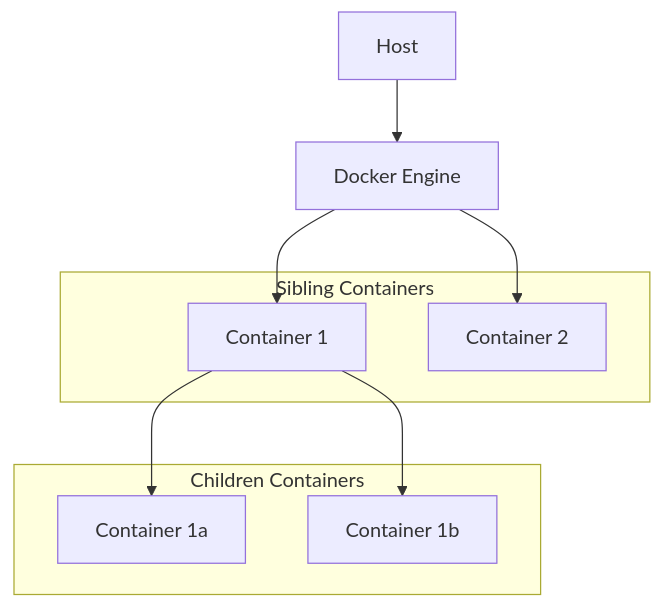
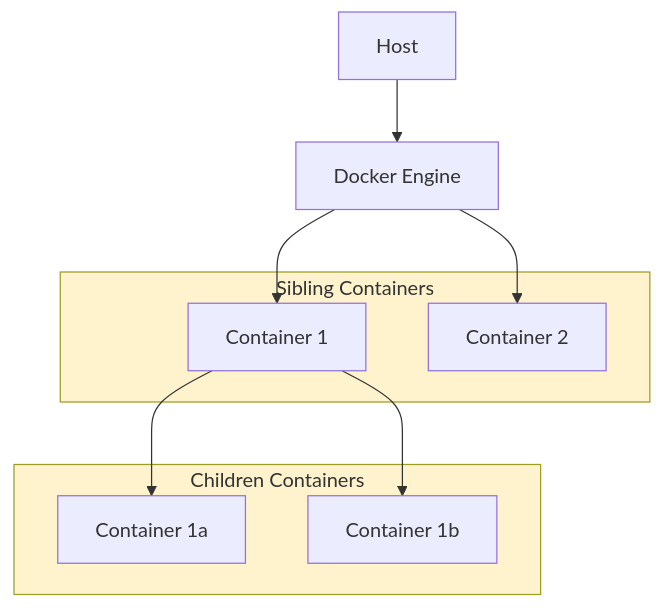
One commit to causify-ai/helpers changed the second of 5 diagrams in papers/Causify_development_system/Causify_dev_system.md. Above: the diagram before and after it, drawn with Mermaid. The commit also changed other lines of this file, not shown here.

````diff
--- a/papers/Causify_development_system/Causify_dev_system.md
+++ b/papers/Causify_development_system/Causify_dev_system.md
@@ -186,18 +186,21 @@
 ```mermaid
 graph TD
     host[Host]
     docker_engine[Docker Engine]
     subgraph sibling_container["Sibling Containers"]
         container_1[Container 1]
         container_2[Container 2]
     end
     subgraph children_container["Children Containers"]
         container_1a[Container 1a]
         container_1b[Container 1b]
     end
     host --> docker_engine
     docker_engine --> container_1
     docker_engine --> container_2
     container_1 --> container_1a
     container_1 --> container_1b
+
+    style sibling_container fill:#FFF3CD,stroke:#9E9D24
+    style children_container fill:#FFF3CD,stroke:#9E9D24
 ```
````
